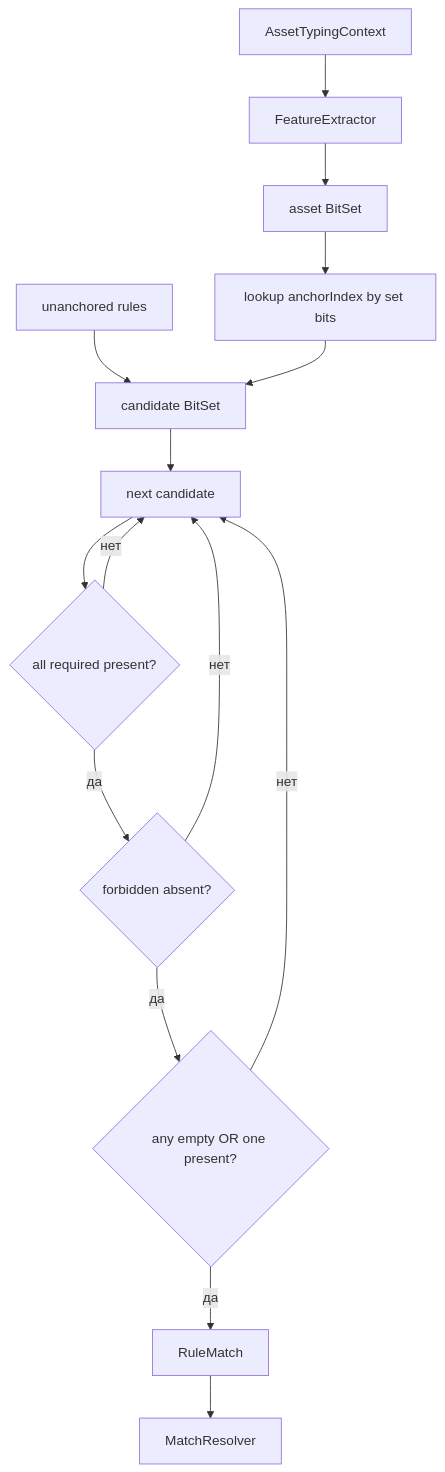
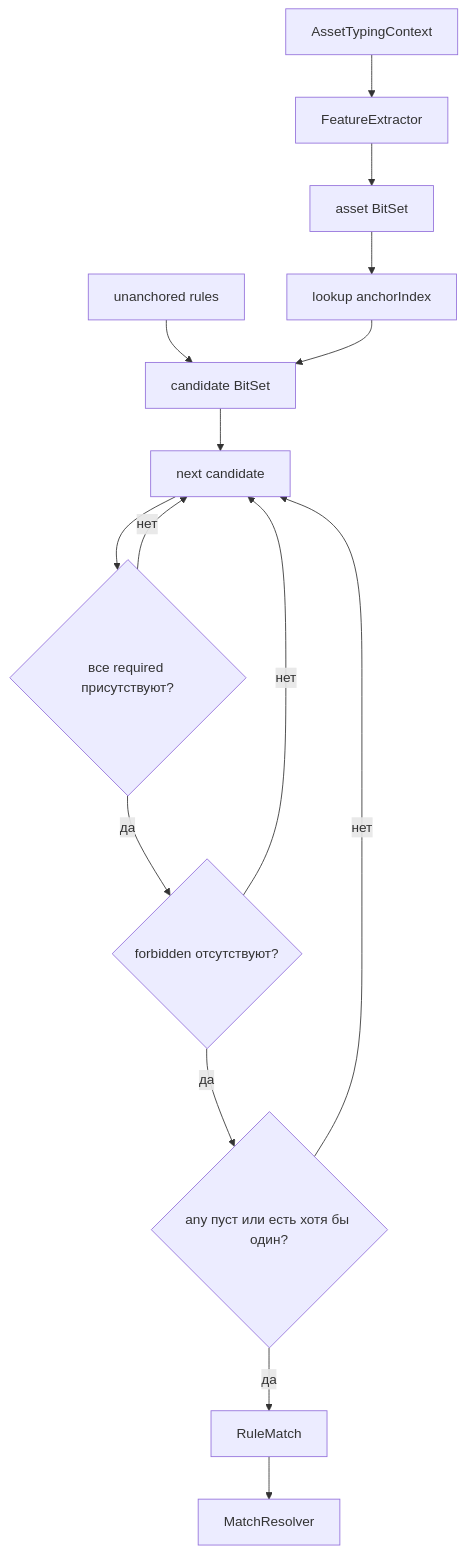
The third of 9 diagrams in docs/ENGINE_IMPLEMENTATION_RU.md (GAbra/itam-asset-typing-benchmark), drawn with Mermaid before and after one commit. The commit also changed other lines of this file, not shown here.

Commit message:
Fix Mermaid syntax in Russian engine implementation

````diff
--- a/docs/ENGINE_IMPLEMENTATION_RU.md
+++ b/docs/ENGINE_IMPLEMENTATION_RU.md
@@ -127,17 +97,17 @@
 ```mermaid
 flowchart TD
-    C[AssetTypingContext] --> F[FeatureExtractor]
-    F --> A[asset BitSet]
-    A --> I[lookup anchorIndex by set bits]
-    U[unanchored rules] --> CAND[candidate BitSet]
+    C["AssetTypingContext"] --> F["FeatureExtractor"]
+    F --> A["asset BitSet"]
+    A --> I["lookup anchorIndex"]
+    U["unanchored rules"] --> CAND["candidate BitSet"]
     I --> CAND
-    CAND --> N[next candidate]
-    N --> R{all required present?}
+    CAND --> N["next candidate"]
+    N --> R{"все required присутствуют?"}
     R -->|нет| N
-    R -->|да| X{forbidden absent?}
+    R -->|да| X{"forbidden отсутствуют?"}
     X -->|нет| N
-    X -->|да| Y{any empty OR one present?}
+    X -->|да| Y{"any пуст или есть хотя бы один?"}
     Y -->|нет| N
-    Y -->|да| M[RuleMatch]
-    M --> RES[MatchResolver]
+    Y -->|да| M["RuleMatch"]
+    M --> RES["MatchResolver"]
 ```
````
